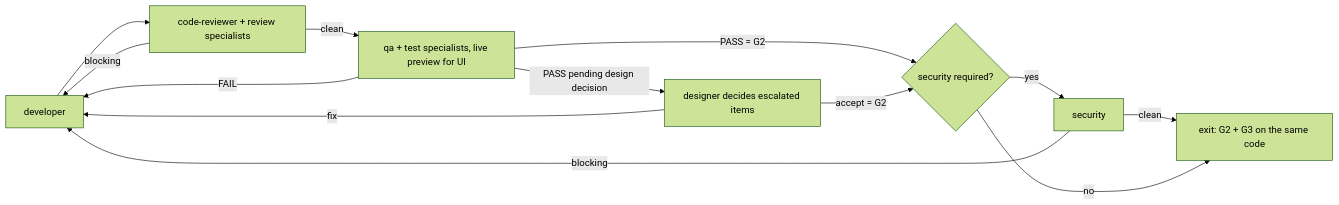
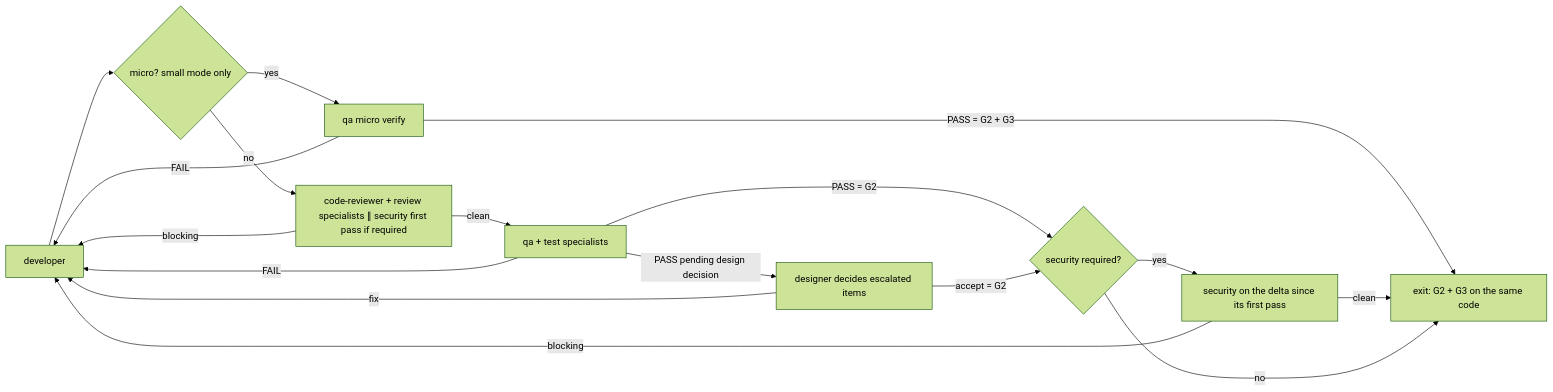
Before and after one commit to Tuan-Quyen/technical-teams: the third of 3 diagrams in agents/lead.md, drawn with Mermaid (forest theme). The commit also changed other lines of this file and 12 other files, not shown here.

First line of the commit message:
Lighten the process: smaller preloads, parallel review, micro verify

````diff
--- a/agents/lead.md
+++ b/agents/lead.md
@@ -146,15 +146,19 @@
 ```mermaid
 flowchart LR
-  D[developer] --> CR[code-reviewer + review specialists]
+  D[developer] --> M{micro? small mode only}
+  M -- yes --> MV[qa micro verify]
+  MV -- FAIL --> D
+  MV -- PASS = G2 + G3 --> X
+  M -- no --> CR[code-reviewer + review specialists ∥ security first pass if required]
   CR -- blocking --> D
-  CR -- clean --> Q[qa + test specialists, live preview for UI]
+  CR -- clean --> Q[qa + test specialists]
   Q -- FAIL --> D
   Q -- PASS = G2 --> S{security required?}
   Q -- PASS pending design decision --> DR[designer decides escalated items]
   DR -- fix --> D
   DR -- accept = G2 --> S
-  S -- yes --> SEC[security]
+  S -- yes --> SEC[security on the delta since its first pass]
   SEC -- blocking --> D
   SEC -- clean --> X[exit: G2 + G3 on the same code]
   S -- no --> X
 ```
````
